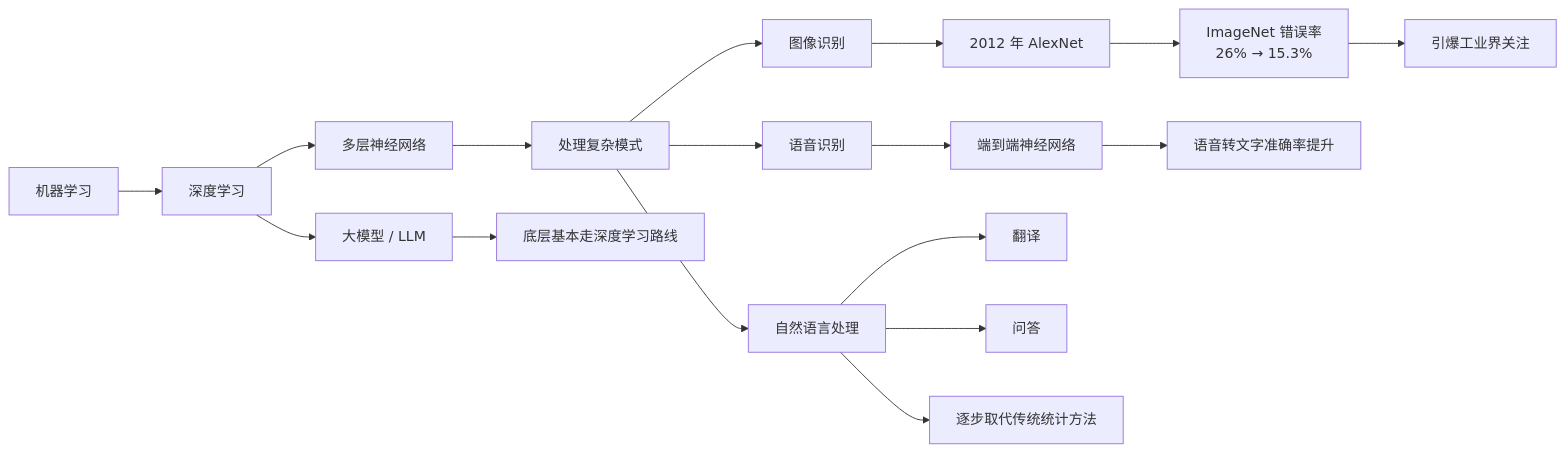
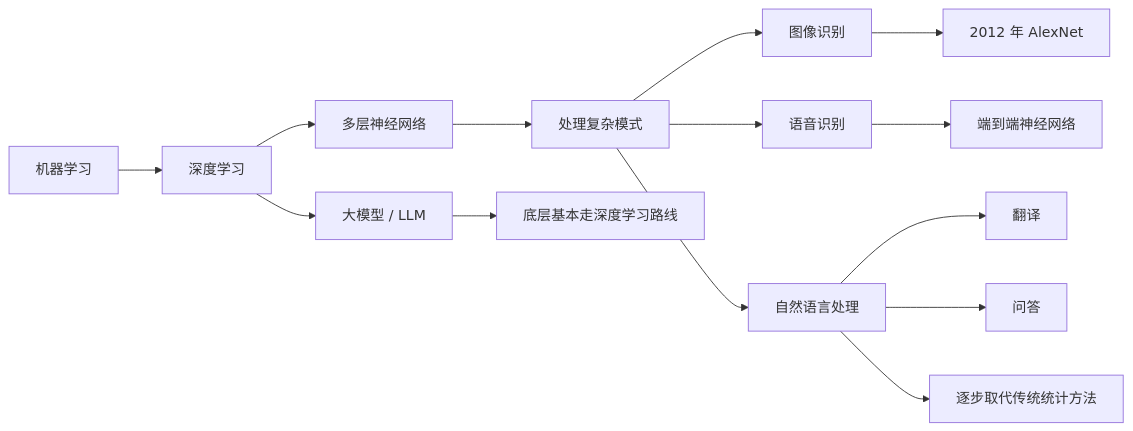
The third of 4 diagrams in docs/basics/what-is-ai.md (Unclecheng-li/Hello-AI), drawn with Mermaid before and after one commit. The commit also changed other lines of this file, not shown here.

Commit message:
优化了what-is-ai.md，放大图片

````diff
--- a/docs/basics/what-is-ai.md
+++ b/docs/basics/what-is-ai.md
@@ -140,25 +140,22 @@
 ```mermaid
 flowchart LR
     ML[机器学习] --> DL[深度学习]
     DL --> NN[多层神经网络]
     NN --> Pattern[处理复杂模式]
 
     Pattern --> CV[图像识别]
     Pattern --> ASR[语音识别]
     Pattern --> NLP[自然语言处理]
 
     CV --> AlexNet[2012 年 AlexNet]
-    AlexNet --> ImageNet[ImageNet 错误率<br/>26% → 15.3%]
-    ImageNet --> Industry[引爆工业界关注]
 
     ASR --> E2E[端到端神经网络]
-    E2E --> Speech[语音转文字准确率提升]
 
     NLP --> Translate[翻译]
     NLP --> QA[问答]
     NLP --> Replace[逐步取代传统统计方法]
 
     DL --> LLM[大模型 / LLM]
     LLM --> Foundation[底层基本走深度学习路线]
 
 ```
````
